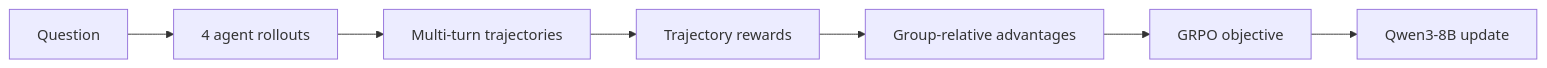
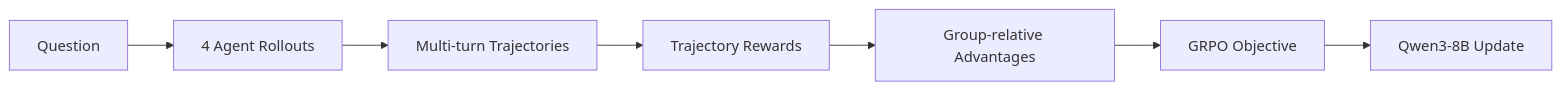
Before and after one commit to Idiotyevsky/EfficientTool-RL: the second of 2 diagrams in README.md, drawn with Mermaid. The commit also changed other lines of this file and 1 other file, not shown here.

````diff
--- a/README.md
+++ b/README.md
@@ -154,9 +190,9 @@
 ```mermaid
 flowchart LR
-    Q[Question] --> G[4 agent rollouts]
-    G --> T[Multi-turn trajectories]
-    T --> R[Trajectory rewards]
-    R --> A[Group-relative advantages]
-    A --> L[GRPO objective]
-    L --> U[Qwen3-8B update]
+    Q[Question] --> G[4 Agent Rollouts]
+    G --> T[Multi-turn Trajectories]
+    T --> R[Trajectory Rewards]
+    R --> A[Group-relative Advantages]
+    A --> L[GRPO Objective]
+    L --> U[Qwen3-8B Update]
 ```
````
